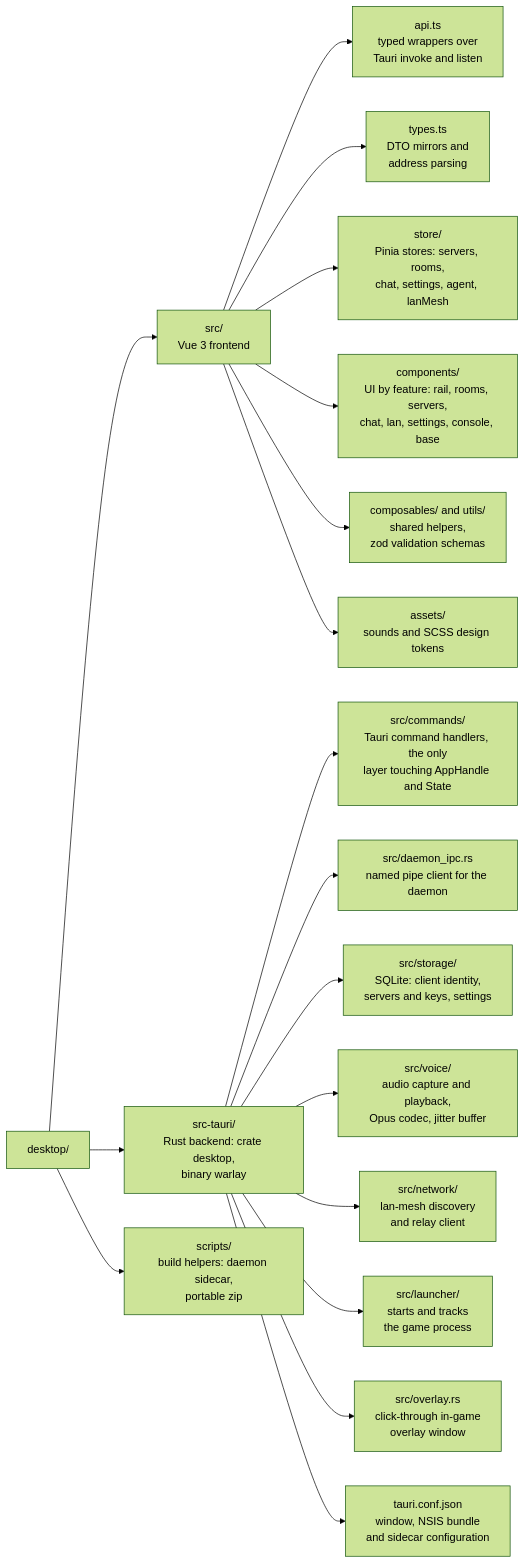
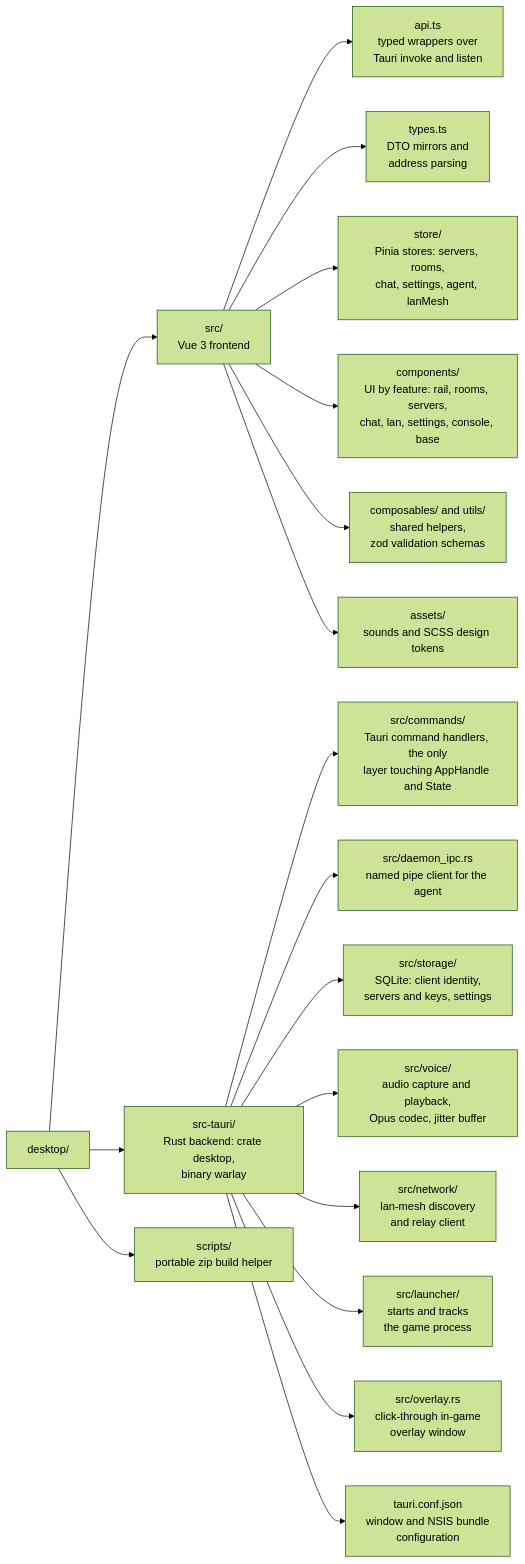
Before and after one commit to jhonsferg/warlay: the diagram in desktop/README.md, drawn with Mermaid (forest theme). The commit also changed other lines of this file and 11 other files, not shown here.

````diff
--- a/desktop/README.md
+++ b/desktop/README.md
@@ -37,24 +39,24 @@
 ```mermaid
 flowchart LR
     root["desktop/"]
 
     root --> frontend["src/<br/>Vue 3 frontend"]
     frontend --> api["api.ts<br/>typed wrappers over<br/>Tauri invoke and listen"]
     frontend --> types["types.ts<br/>DTO mirrors and<br/>address parsing"]
     frontend --> store["store/<br/>Pinia stores: servers, rooms,<br/>chat, settings, agent, lanMesh"]
     frontend --> components["components/<br/>UI by feature: rail, rooms, servers,<br/>chat, lan, settings, console, base"]
     frontend --> helpers["composables/ and utils/<br/>shared helpers,<br/>zod validation schemas"]
     frontend --> assets["assets/<br/>sounds and SCSS design tokens"]
 
     root --> backend["src-tauri/<br/>Rust backend: crate desktop,<br/>binary warlay"]
     backend --> commands["src/commands/<br/>Tauri command handlers, the only<br/>layer touching AppHandle and State"]
-    backend --> ipc["src/daemon_ipc.rs<br/>named pipe client for the daemon"]
+    backend --> ipc["src/daemon_ipc.rs<br/>named pipe client for the agent"]
     backend --> clientStorage["src/storage/<br/>SQLite: client identity,<br/>servers and keys, settings"]
     backend --> voice["src/voice/<br/>audio capture and playback,<br/>Opus codec, jitter buffer"]
     backend --> network["src/network/<br/>lan-mesh discovery<br/>and relay client"]
     backend --> launcher["src/launcher/<br/>starts and tracks<br/>the game process"]
     backend --> overlay["src/overlay.rs<br/>click-through in-game<br/>overlay window"]
-    backend --> tauriConf["tauri.conf.json<br/>window, NSIS bundle<br/>and sidecar configuration"]
+    backend --> tauriConf["tauri.conf.json<br/>window and NSIS bundle<br/>configuration"]
 
-    root --> scripts["scripts/<br/>build helpers: daemon sidecar,<br/>portable zip"]
+    root --> scripts["scripts/<br/>portable zip build helper"]
 ```
````
